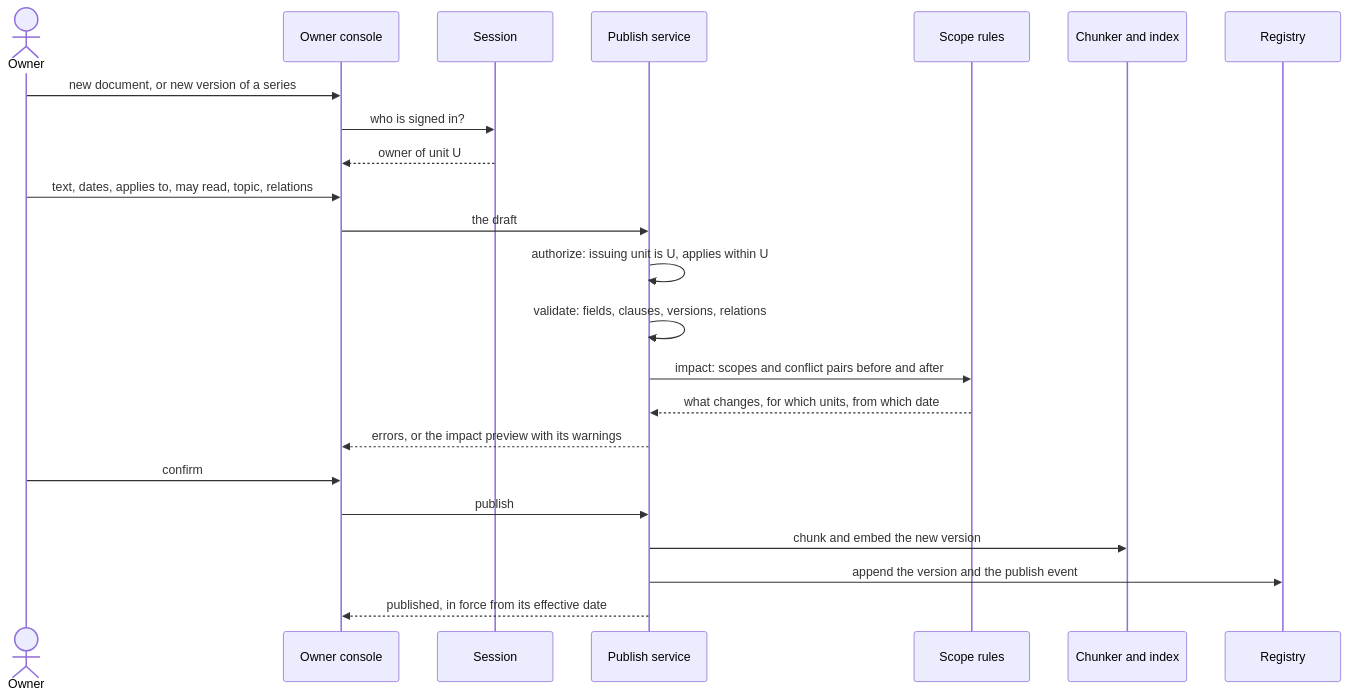
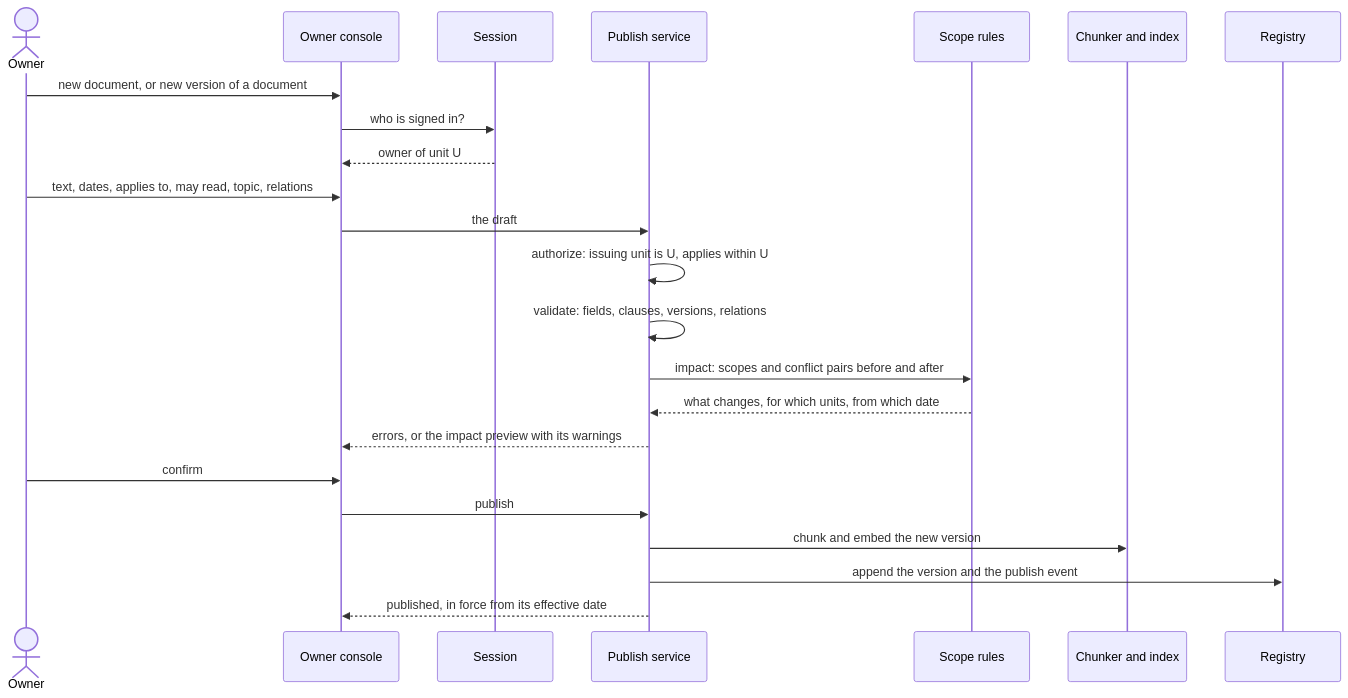
One commit to Park-Hip/next-gen-2026 changed the fifth of 6 diagrams in docs/system_design.md. Above: the diagram before and after it, drawn with Mermaid. The commit also changed other lines of this file, not shown here.

Commit message:
System design: replace the entity diagram with a terms table; say document instead of series

````diff
--- a/docs/system_design.md
+++ b/docs/system_design.md
@@ -289,26 +289,26 @@
 ```mermaid
 sequenceDiagram
     actor O as Owner
     participant K as Owner console
     participant S as Session
     participant U as Publish service
     participant R as Scope rules
     participant X as Chunker and index
     participant D as Registry
 
-    O->>K: new document, or new version of a series
+    O->>K: new document, or new version of a document
     K->>S: who is signed in?
     S-->>K: owner of unit U
     O->>K: text, dates, applies to, may read, topic, relations
     K->>U: the draft
     U->>U: authorize: issuing unit is U, applies within U
     U->>U: validate: fields, clauses, versions, relations
     U->>R: impact: scopes and conflict pairs before and after
     R-->>U: what changes, for which units, from which date
     U-->>K: errors, or the impact preview with its warnings
     O->>K: confirm
     K->>U: publish
     U->>X: chunk and embed the new version
     U->>D: append the version and the publish event
     U-->>K: published, in force from its effective date
 ```
````
